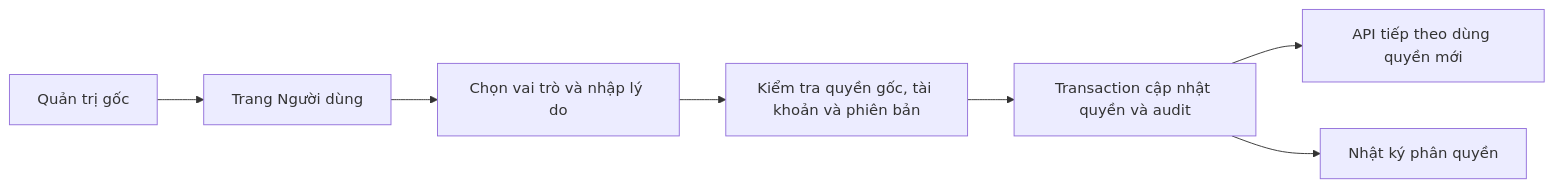
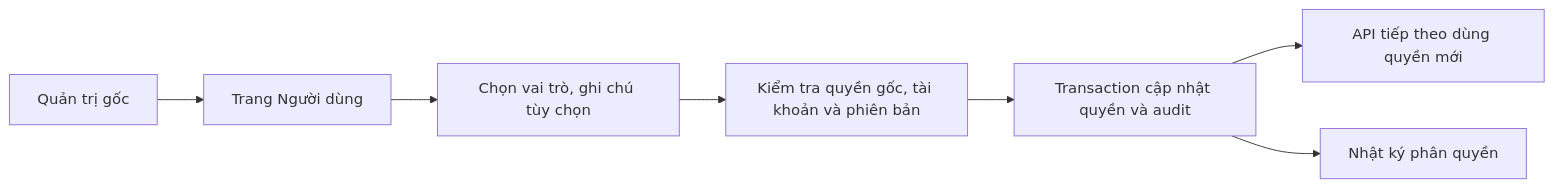
The third of 3 diagrams in README.md (dlixi-90/vouges), drawn with Mermaid before and after one commit. The commit also changed other lines of this file and 10 other files, not shown here.

````diff
--- a/README.md
+++ b/README.md
@@ -191,9 +191,9 @@
 ```mermaid
 flowchart LR
     A[Quản trị gốc] --> B[Trang Người dùng]
-    B --> C[Chọn vai trò và nhập lý do]
+    B --> C[Chọn vai trò, ghi chú tùy chọn]
     C --> D[Kiểm tra quyền gốc, tài khoản và phiên bản]
     D --> E[Transaction cập nhật quyền và audit]
     E --> F[API tiếp theo dùng quyền mới]
     E --> G[Nhật ký phân quyền]
 ```
````
